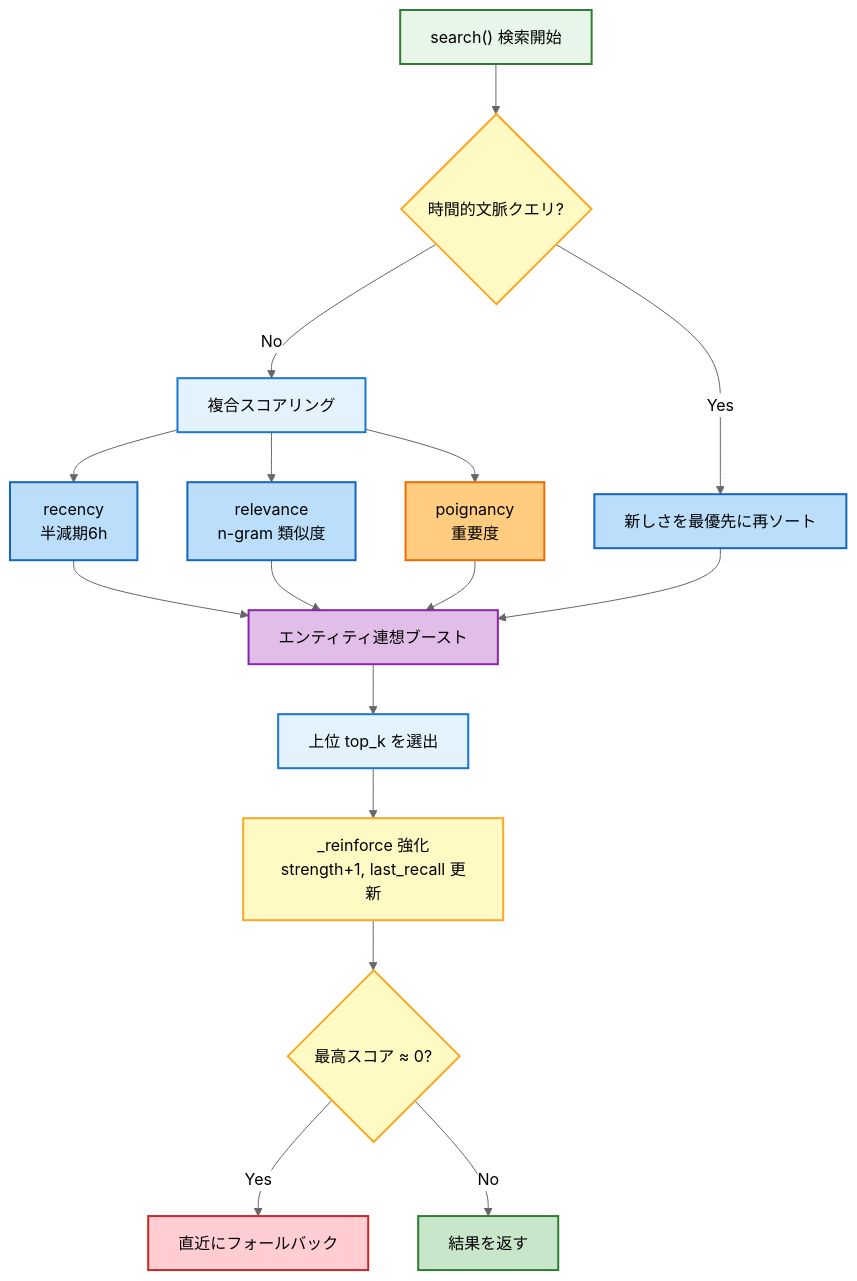
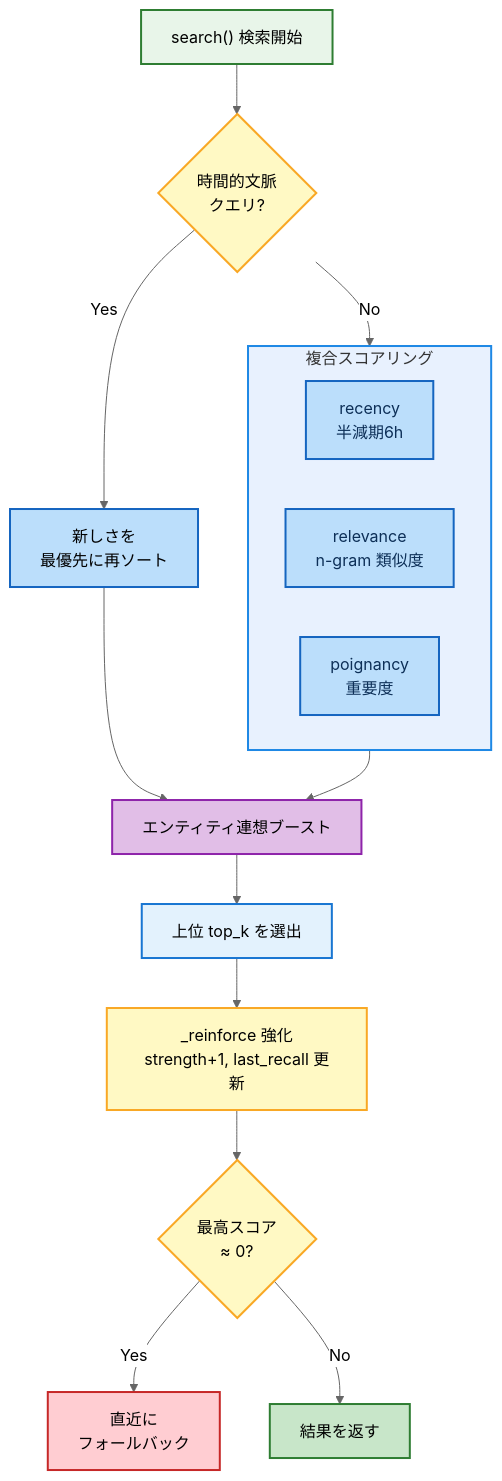
Before and after one commit to kuroron000234/Project-Lucina: the second of 4 diagrams in README.md, drawn with Mermaid (neutral theme). The commit also changed other lines of this file, not shown here.

Commit message:
Improve diagram contrast (dark text on light bg) and restructure memory/conversation/loop flows

````diff
--- a/README.md
+++ b/README.md
@@ -84,32 +84,33 @@
 ```mermaid
 flowchart TD
-    A["search() 検索開始"] --> B{"時間的文脈クエリ?"}
-    B -- "Yes" --> C["新しさを最優先に再ソート"]
-    B -- "No" --> D["複合スコアリング"]
-    D --> E["recency<br/>半減期6h"]
-    D --> F["relevance<br/>n-gram 類似度"]
-    D --> G["poignancy<br/>重要度"]
-    E --> H["エンティティ連想ブースト"]
-    F --> H
-    G --> H
-    C --> H
+    subgraph SCORE["複合スコアリング"]
+        direction LR
+        R["recency<br/>半減期6h"]
+        REL["relevance<br/>n-gram 類似度"]
+        P["poignancy<br/>重要度"]
+    end
+
+    A["search() 検索開始"] --> B{"時間的文脈<br/>クエリ?"}
+    B -- "Yes" --> T["新しさを<br/>最優先に再ソート"]
+    B -- "No" --> SCORE
+    T --> H["エンティティ連想ブースト"]
+    SCORE --> H
     H --> I["上位 top_k を選出"]
     I --> J["_reinforce 強化<br/>strength+1, last_recall 更新"]
-    J --> K{"最高スコア ≈ 0?"}
-    K -- "Yes" --> L["直近にフォールバック"]
+    J --> K{"最高スコア<br/>≈ 0?"}
+    K -- "Yes" --> L["直近に<br/>フォールバック"]
     K -- "No" --> M["結果を返す"]
 
     style A fill:#e8f5e9,stroke:#2e7d32,stroke-width:2px
     style B fill:#fff9c4,stroke:#f9a825,stroke-width:2px
-    style C fill:#bbdefb,stroke:#1565c0,stroke-width:2px
-    style D fill:#e3f2fd,stroke:#1976d2,stroke-width:2px
-    style E fill:#bbdefb,stroke:#1565c0,stroke-width:2px
-    style F fill:#bbdefb,stroke:#1565c0,stroke-width:2px
-    style G fill:#ffcc80,stroke:#ef6c00,stroke-width:2px
+    style T fill:#bbdefb,stroke:#1565c0,stroke-width:2px
     style H fill:#e1bee7,stroke:#8e24aa,stroke-width:2px
     style I fill:#e3f2fd,stroke:#1976d2,stroke-width:2px
     style J fill:#fff9c4,stroke:#f9a825,stroke-width:2px
     style K fill:#fff9c4,stroke:#f9a825,stroke-width:2px
     style L fill:#ffcdd2,stroke:#c62828,stroke-width:2px
     style M fill:#c8e6c9,stroke:#2e7d32,stroke-width:2px
+    style SCORE fill:#e8f1fe,stroke:#1e88e5,stroke-width:2px
+    classDef score fill:#bbdefb,stroke:#1565c0,color:#0d2f57,stroke-width:2px
+    class R,REL,P score
 ```
````
